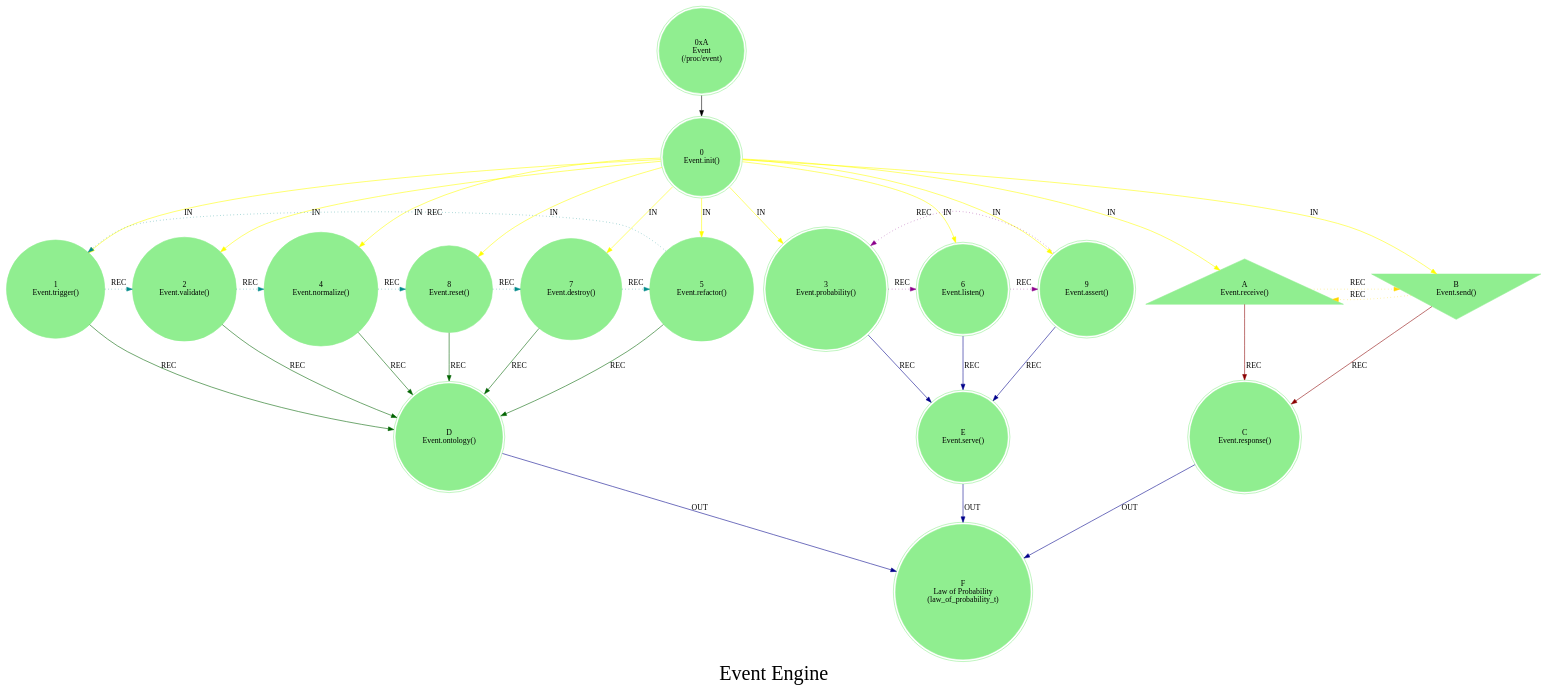
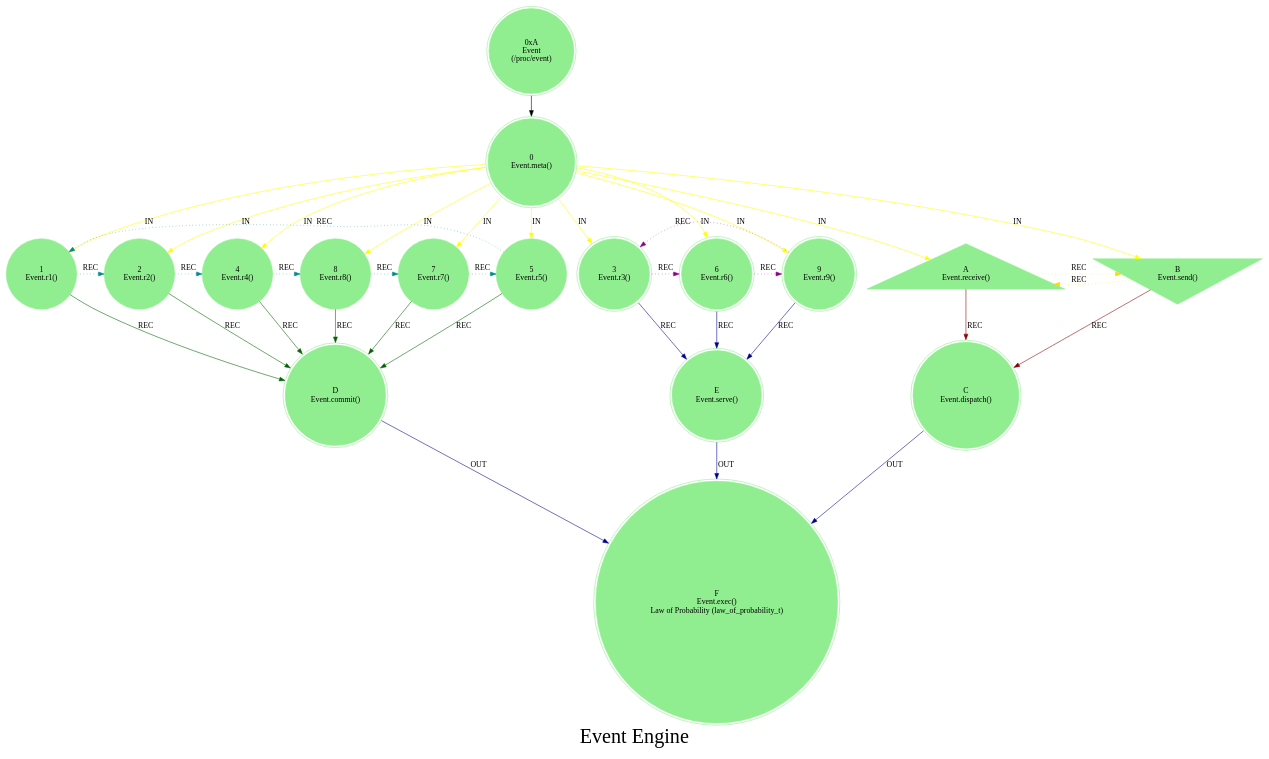
Before and after one commit to cilang/mythos: the diagram in src/core/mythos_proc_event.dot, drawn with Graphviz. The commit also changed 22 other files, not shown here.

```diff
--- a/src/core/mythos_proc_event.dot
+++ b/src/core/mythos_proc_event.dot
@@ -1,44 +1,46 @@
 strict digraph G {
     label = "Event Engine";
     style = filled;
     color = lightgrey;
     fontsize = "36";
     comment = "";
     node [shape = circle; style = filled; color = lightgreen;];
     
     spark_a_mythos_t [label = "0xA\nEvent\n(/proc/event)";shape = doublecircle;];
     
-    spark_0_event_t [label = "0\nEvent.init()";shape = doublecircle;comment = "Engine Init";];
-    spark_1_event_t [label = "1\nEvent.trigger()";shape = circle;comment = "";];
-    spark_2_event_t [label = "2\nEvent.validate()";shape = circle;comment = "";];
-    spark_4_event_t [label = "4\nEvent.normalize()";shape = circle;comment = "";];
-    spark_8_event_t [label = "8\nEvent.reset()";shape = circle;comment = "";];
-    spark_7_event_t [label = "7\nEvent.destroy()";shape = circle;comment = "";];
-    spark_5_event_t [label = "5\nEvent.refactor()";shape = circle;comment = "";];
-    spark_3_event_t [label = "3\nEvent.probability()";shape = doublecircle;comment = "";];
-    spark_6_event_t [label = "6\nEvent.listen()";shape = doublecircle;comment = "";];
-    spark_9_event_t [label = "9\nEvent.assert()";shape = doublecircle;comment = "";];
+    
+    // r0::meta();r1,r2,r4,r8,r7,r5;r3,r6,r;ra::receive(),rb::send(),rc::dispatch(),rd::commit(),re::serve(),rf::exec()
+    spark_0_event_t [label = "0\nEvent.meta()";shape = doublecircle;comment = "Engine Init";];
+    spark_1_event_t [label = "1\nEvent.r1()";shape = circle;comment = "";];
+    spark_2_event_t [label = "2\nEvent.r2()";shape = circle;comment = "";];
+    spark_4_event_t [label = "4\nEvent.r4()";shape = circle;comment = "";];
+    spark_8_event_t [label = "8\nEvent.r8()";shape = circle;comment = "";];
+    spark_7_event_t [label = "7\nEvent.r7()";shape = circle;comment = "";];
+    spark_5_event_t [label = "5\nEvent.r5()";shape = circle;comment = "";];
+    spark_3_event_t [label = "3\nEvent.r3()";shape = doublecircle;comment = "";];
+    spark_6_event_t [label = "6\nEvent.r6()";shape = doublecircle;comment = "";];
+    spark_9_event_t [label = "9\nEvent.r9()";shape = doublecircle;comment = "";];
     spark_a_event_t [label = "A\nEvent.receive()";shape = triangle;comment = "";];
     spark_b_event_t [label = "B\nEvent.send()";shape = invtriangle;comment = "";];
-    spark_c_event_t [label = "C\nEvent.response()";shape = doublecircle;comment = "";];
-    spark_d_event_t [label = "D\nEvent.ontology()";shape = doublecircle;comment = "";];
+    spark_c_event_t [label = "C\nEvent.dispatch()";shape = doublecircle;comment = "";];
+    spark_d_event_t [label = "D\nEvent.commit()";shape = doublecircle;comment = "";];
     spark_e_event_t [label = "E\nEvent.serve()";shape = doublecircle;comment = "`/proc/event`";];
-    spark_f_event_t [label = "F\nLaw of Probability\n(law_of_probability_t)";shape = doublecircle;comment = "";];
+    spark_f_event_t [label = "F\nEvent.exec()\nLaw of Probability (law_of_probability_t)";shape = doublecircle;comment = "`/proc/probability`";];
     
     // IN = Input
     // OUT = Output
     // REC = Recursion
     spark_0_event_t -> {spark_a_event_t spark_b_event_t spark_1_event_t spark_2_event_t spark_3_event_t spark_4_event_t spark_5_event_t spark_6_event_t spark_7_event_t spark_8_event_t spark_9_event_t} [label = "IN"; color = yellow; comment = "";];
     
     {spark_a_event_t spark_b_event_t} -> spark_c_event_t [label = "REC"; color = darkred; comment = "";];
     {spark_1_event_t spark_2_event_t spark_4_event_t spark_8_event_t spark_7_event_t spark_5_event_t} -> spark_d_event_t [label = "REC"; color = darkgreen; comment = "";];
     {spark_3_event_t spark_6_event_t spark_9_event_t} -> spark_e_event_t [label = "REC"; color = darkblue; comment = "";];
     
     spark_1_event_t -> spark_2_event_t -> spark_4_event_t -> spark_8_event_t -> spark_7_event_t -> spark_5_event_t -> spark_1_event_t [label = "REC"; color = darkcyan; comment = ""; style = dotted; constraint = false;];
     spark_3_event_t -> spark_6_event_t -> spark_9_event_t -> spark_3_event_t [label = "REC"; color = darkmagenta; comment = ""; style = dotted; constraint = false;];
     spark_a_event_t -> spark_b_event_t -> spark_a_event_t [label = "REC"; color = gold; comment = ""; style = dotted; constraint = false;];
     
     {spark_c_event_t spark_d_event_t spark_e_event_t} -> spark_f_event_t [label = "OUT"; color = darkblue; comment = "";];
     
     spark_a_mythos_t -> spark_0_event_t;
 }
```
